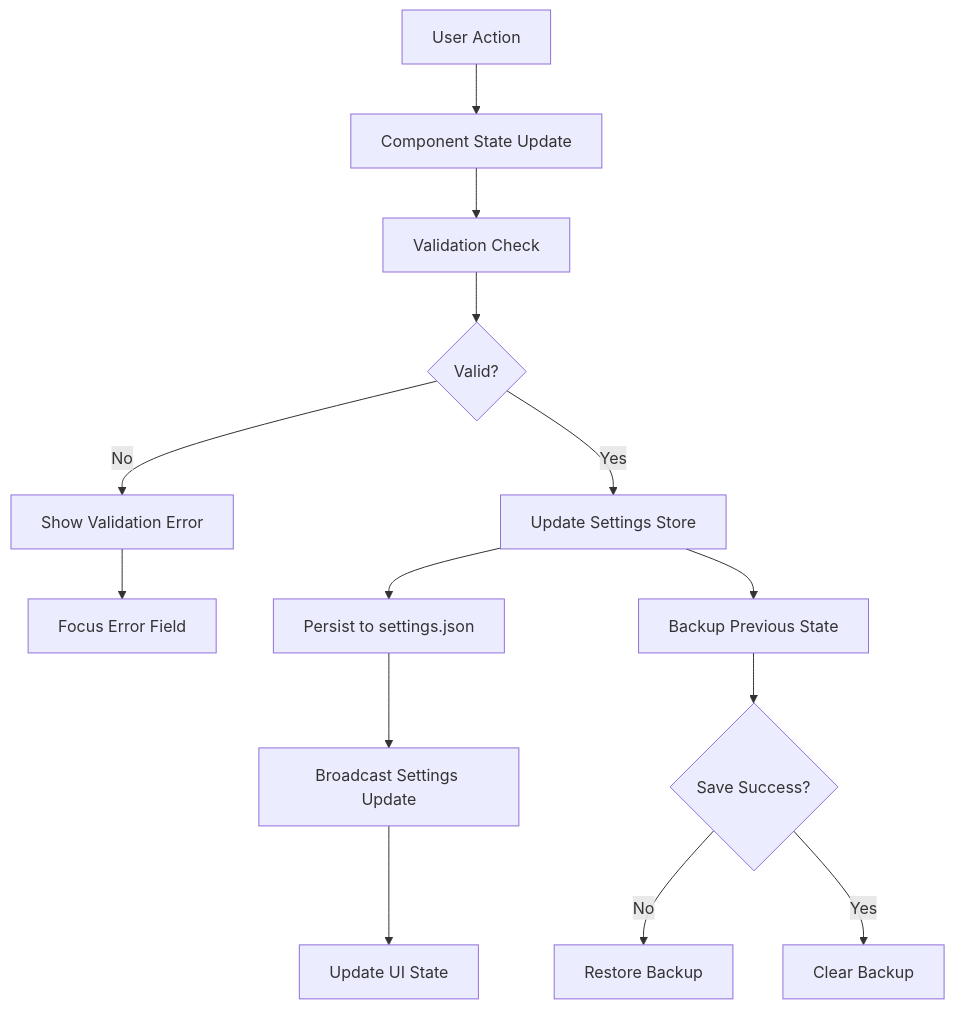
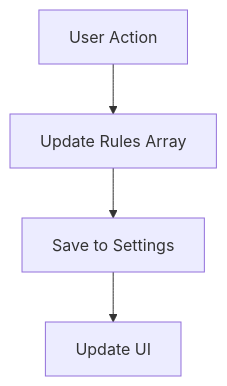
One commit to Explosion-Scratch/whisper-mac changed the tenth of 14 diagrams in .qoder/quests/rules-editor.md. Above: the diagram before and after it, drawn with Mermaid. The commit also changed other lines of this file and 3 other files, not shown here.

````diff
--- a/.qoder/quests/rules-editor.md
+++ b/.qoder/quests/rules-editor.md
@@ -418,18 +338,6 @@
 ```mermaid
 graph TD
-    A[User Action] --> B[Component State Update]
-    B --> C[Validation Check]
-    C --> D{Valid?}
-    D -->|No| E[Show Validation Error]
-    D -->|Yes| F[Update Settings Store]
-    F --> G[Persist to settings.json]
-    G --> H[Broadcast Settings Update]
-    H --> I[Update UI State]
-    
-    E --> J[Focus Error Field]
-    
-    F --> K[Backup Previous State]
-    K --> L{Save Success?}
-    L -->|No| M[Restore Backup]
-    L -->|Yes| N[Clear Backup]
+    A[User Action] --> B[Update Rules Array]
+    B --> C[Save to Settings]
+    C --> D[Update UI]
 ```
````
